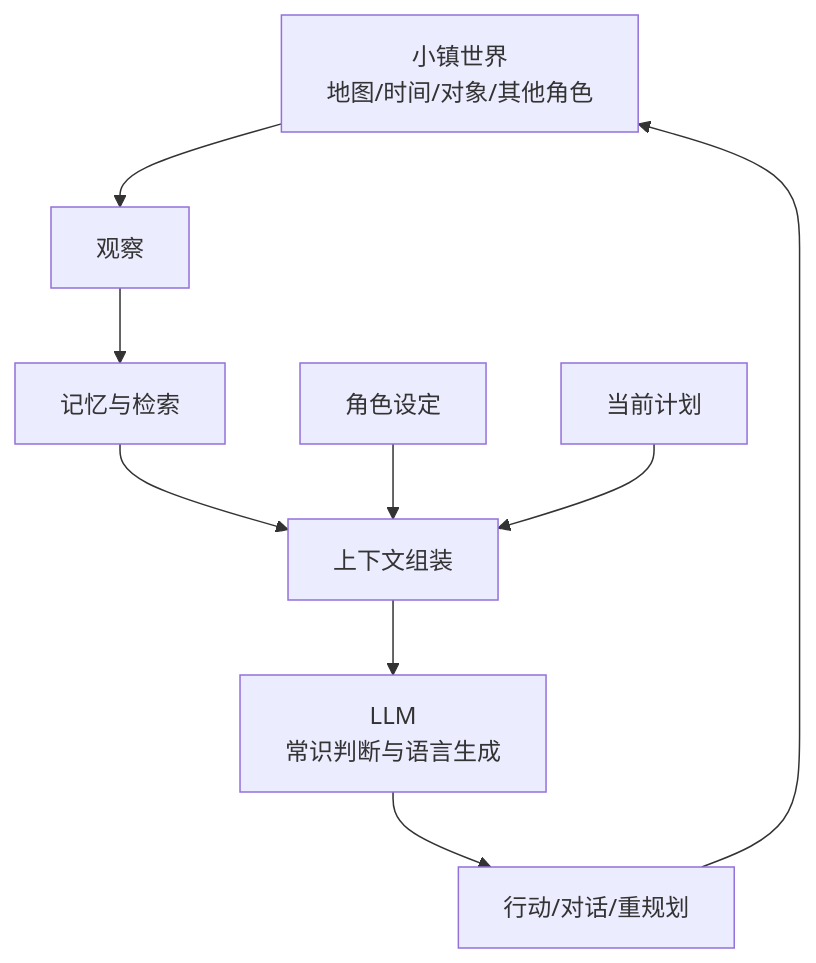
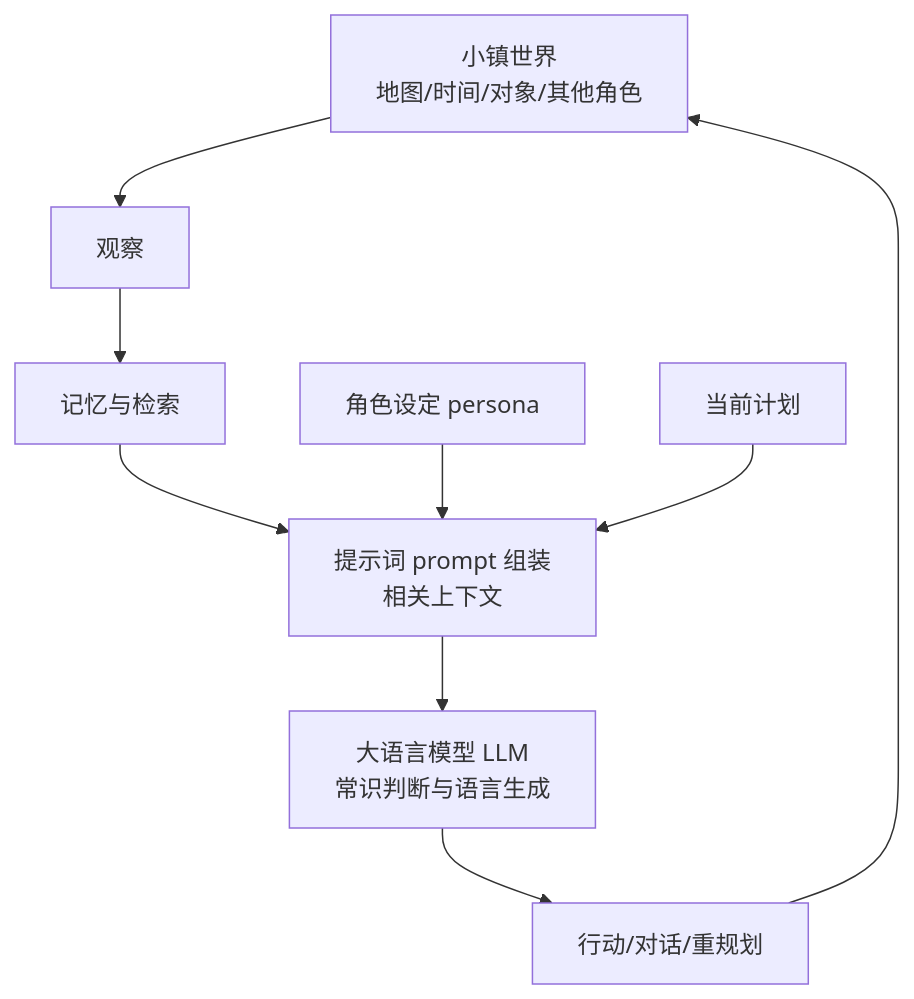
The third of 3 diagrams in docs/book/manuscript/part_01/chapter_02.md (tbkken/GenerativeAgentsCN), drawn with Mermaid before and after one commit. The commit also changed other lines of this file and 51 other files, not shown here.

````diff
--- a/docs/book/manuscript/part_01/chapter_02.md
+++ b/docs/book/manuscript/part_01/chapter_02.md
@@ -207,11 +256,11 @@
 ```mermaid
 flowchart TD
     World["小镇世界<br/>地图/时间/对象/其他角色"] --> Obs["观察"]
     Obs --> Memory["记忆与检索"]
-    Memory --> Prompt["上下文组装"]
-    Persona["角色设定"] --> Prompt
+    Memory --> Prompt["提示词 prompt 组装<br/>相关上下文"]
+    Persona["角色设定 persona"] --> Prompt
     Plan["当前计划"] --> Prompt
-    Prompt --> LLM["LLM<br/>常识判断与语言生成"]
+    Prompt --> LLM["大语言模型 LLM<br/>常识判断与语言生成"]
     LLM --> Action["行动/对话/重规划"]
     Action --> World
 ```
````
